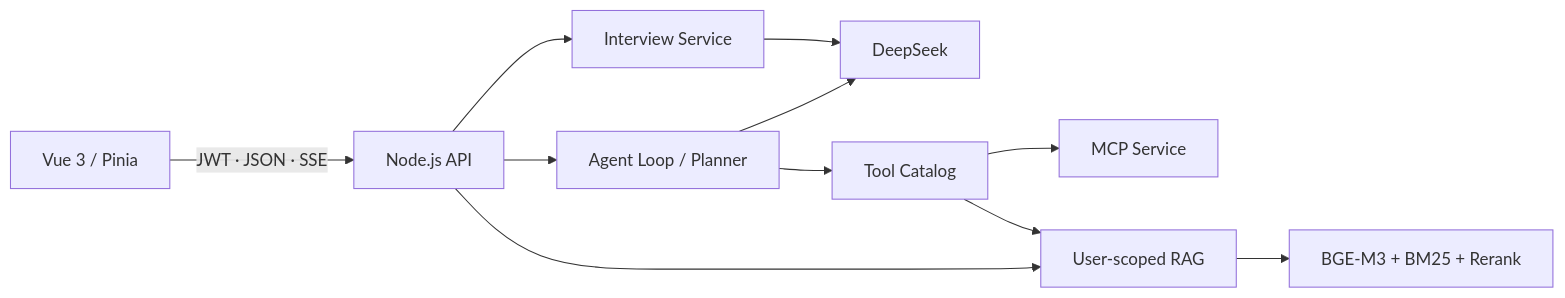
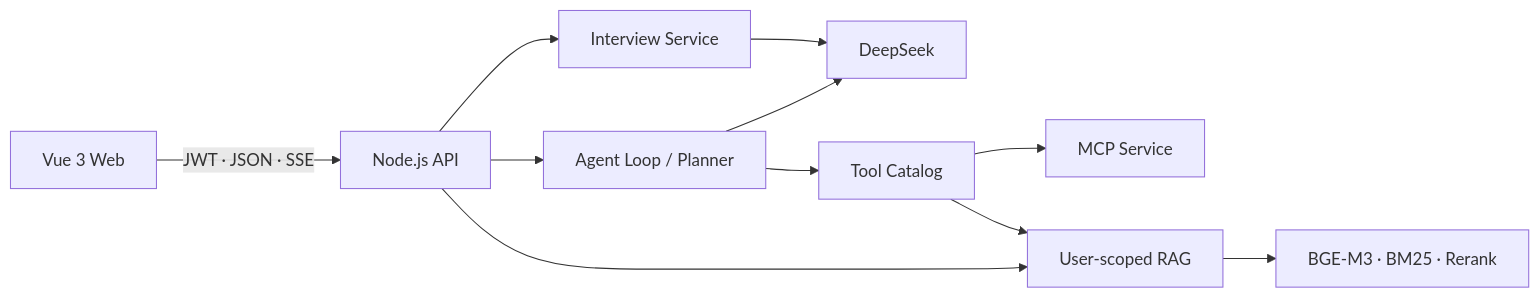
Before and after one commit to yiweiyih/InterviewOps: the diagram in README.md, drawn with Mermaid. The commit also changed other lines of this file, not shown here.

````diff
--- a/README.md
+++ b/README.md
@@ -69,13 +19,13 @@
 ```mermaid
 flowchart LR
-    UI["Vue 3 / Pinia"] -->|"JWT · JSON · SSE"| API["Node.js API"]
+    WEB["Vue 3 Web"] -->|"JWT · JSON · SSE"| API["Node.js API"]
     API --> INTERVIEW["Interview Service"]
     API --> AGENT["Agent Loop / Planner"]
     API --> RAG["User-scoped RAG"]
     INTERVIEW --> LLM["DeepSeek"]
     AGENT --> LLM
     AGENT --> TOOLS["Tool Catalog"]
     TOOLS --> MCP["MCP Service"]
     TOOLS --> RAG
-    RAG --> RETRIEVAL["BGE-M3 + BM25 + Rerank"]
+    RAG --> RETRIEVAL["BGE-M3 · BM25 · Rerank"]
 ```
````
